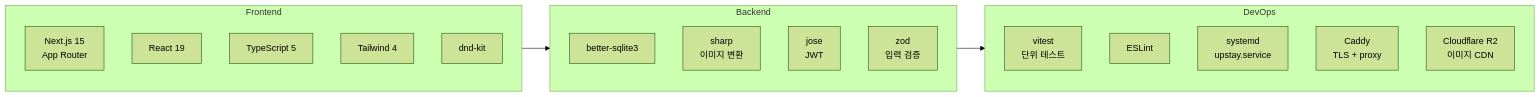
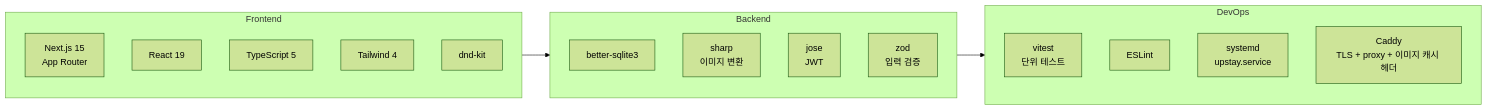
Before and after one commit to doublesilver/upstay-website: the seventh of 11 diagrams in README.md, drawn with Mermaid (forest theme). The commit also changed other lines of this file and 1 other file, not shown here.

````diff
--- a/README.md
+++ b/README.md
@@ -305,28 +303,27 @@
 ```mermaid
 flowchart LR
     subgraph Frontend["Frontend"]
         NextJS["Next.js 15<br/>App Router"]
         React["React 19"]
         TS["TypeScript 5"]
         TW["Tailwind 4"]
         DnD["dnd-kit"]
     end
 
     subgraph Backend["Backend"]
         Sqlite["better-sqlite3"]
         Sharp["sharp<br/>이미지 변환"]
         Jose["jose<br/>JWT"]
         Zod["zod<br/>입력 검증"]
     end
 
     subgraph DevOps["DevOps"]
         Vitest["vitest<br/>단위 테스트"]
         ESLint["ESLint"]
         Systemd["systemd<br/>upstay.service"]
-        Caddy2["Caddy<br/>TLS + proxy"]
-        R2["Cloudflare R2<br/>이미지 CDN"]
+        Caddy2["Caddy<br/>TLS + proxy + 이미지 캐시 헤더"]
     end
 
     Frontend --> Backend
     Backend --> DevOps
 ```
````
